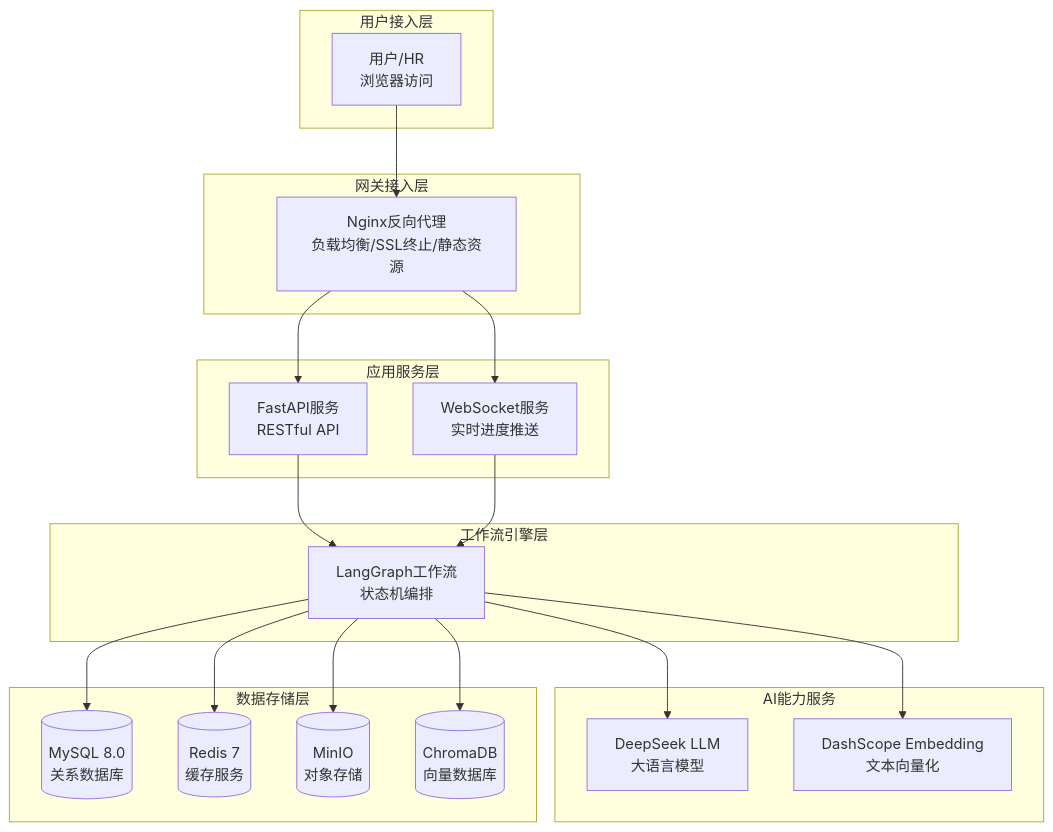
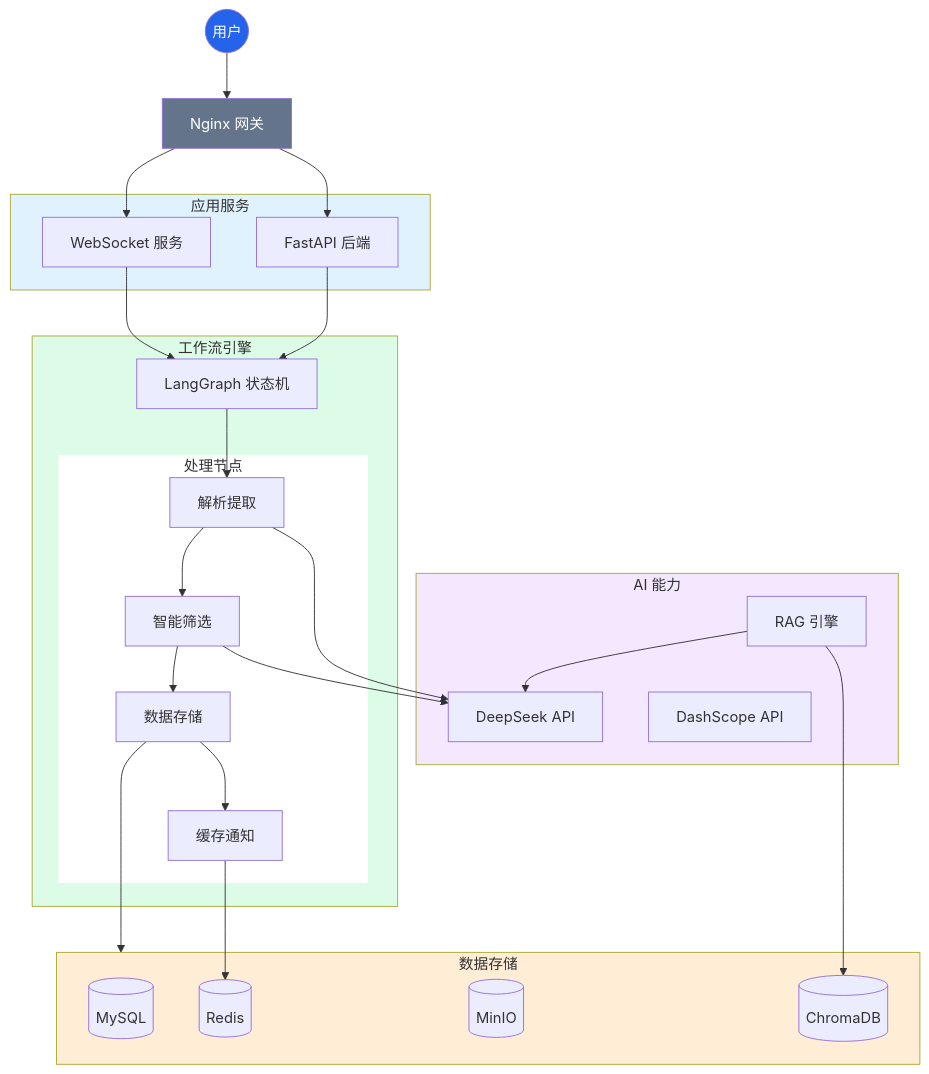
The fourth of 11 diagrams in docs/blog.md (xt765/ResumeScreening), drawn with Mermaid before and after one commit. The commit also changed other lines of this file, not shown here.

Commit message:
docs: update diagrams in blog.md

````diff
--- a/docs/blog.md
+++ b/docs/blog.md
@@ -175,43 +182,57 @@
 ```mermaid
-graph TB
-    subgraph 用户层["用户接入层"]
-        User[用户/HR<br/>浏览器访问]
+graph TD
+    User((用户)) --> Nginx[Nginx 网关]
+    
+    subgraph App_Layer [应用服务]
+        API[FastAPI 后端]
+        WS[WebSocket 服务]
     end
     
-    subgraph 接入层["网关接入层"]
-        Nginx[Nginx反向代理<br/>负载均衡/SSL终止/静态资源]
+    subgraph Workflow_Layer [工作流引擎]
+        LangGraph[LangGraph 状态机]
+        
+        subgraph Nodes [处理节点]
+            N1[解析提取]
+            N2[智能筛选]
+            N3[数据存储]
+            N4[缓存通知]
+        end
     end
     
-    subgraph 应用层["应用服务层"]
-        API[FastAPI服务<br/>RESTful API]
-        WSS[WebSocket服务<br/>实时进度推送]
+    subgraph AI_Layer [AI 能力]
+        LLM[DeepSeek API]
+        Embedding[DashScope API]
+        RAG[RAG 引擎]
     end
     
-    subgraph 工作流引擎["工作流引擎层"]
-        WF[LangGraph工作流<br/>状态机编排]
+    subgraph Data_Layer [数据存储]
+        MySQL[(MySQL)]
+        Redis[(Redis)]
+        MinIO[(MinIO)]
+        Chroma[(ChromaDB)]
     end
     
-    subgraph AI服务["AI能力服务"]
-        LLM[DeepSeek LLM<br/>大语言模型]
-        EMB[DashScope Embedding<br/>文本向量化]
-    end
+    Nginx --> API
+    Nginx --> WS
     
-    subgraph 数据层["数据存储层"]
-        DB[(MySQL 8.0<br/>关系数据库)]
-        Cache[(Redis 7<br/>缓存服务)]
-        OSS[(MinIO<br/>对象存储)]
-        Vec[(ChromaDB<br/>向量数据库)]
-    end
+    API --> LangGraph
+    WS --> LangGraph
     
-    User --> Nginx
-    Nginx --> API
-    Nginx --> WSS
-    API --> WF
-    WSS --> WF
-    WF --> LLM
-    WF --> EMB
-    WF --> DB
-    WF --> Cache
-    WF --> OSS
-    WF --> Vec
+    LangGraph --> N1 --> N2 --> N3 --> N4
+    
+    N1 --> LLM
+    N2 --> LLM
+    N3 --> Data_Layer
+    N4 --> Redis
+    
+    RAG --> LLM
+    RAG --> Chroma
+    
+    style User fill:#2563eb,color:#fff
+    style Nginx fill:#64748b,color:#fff
+    style App_Layer fill:#e0f2fe
+    style Workflow_Layer fill:#dcfce7
+    style AI_Layer fill:#f3e8ff
+    style Data_Layer fill:#ffedd5
+    style Nodes fill:#fff,stroke:#dcfce7
 ```
````
